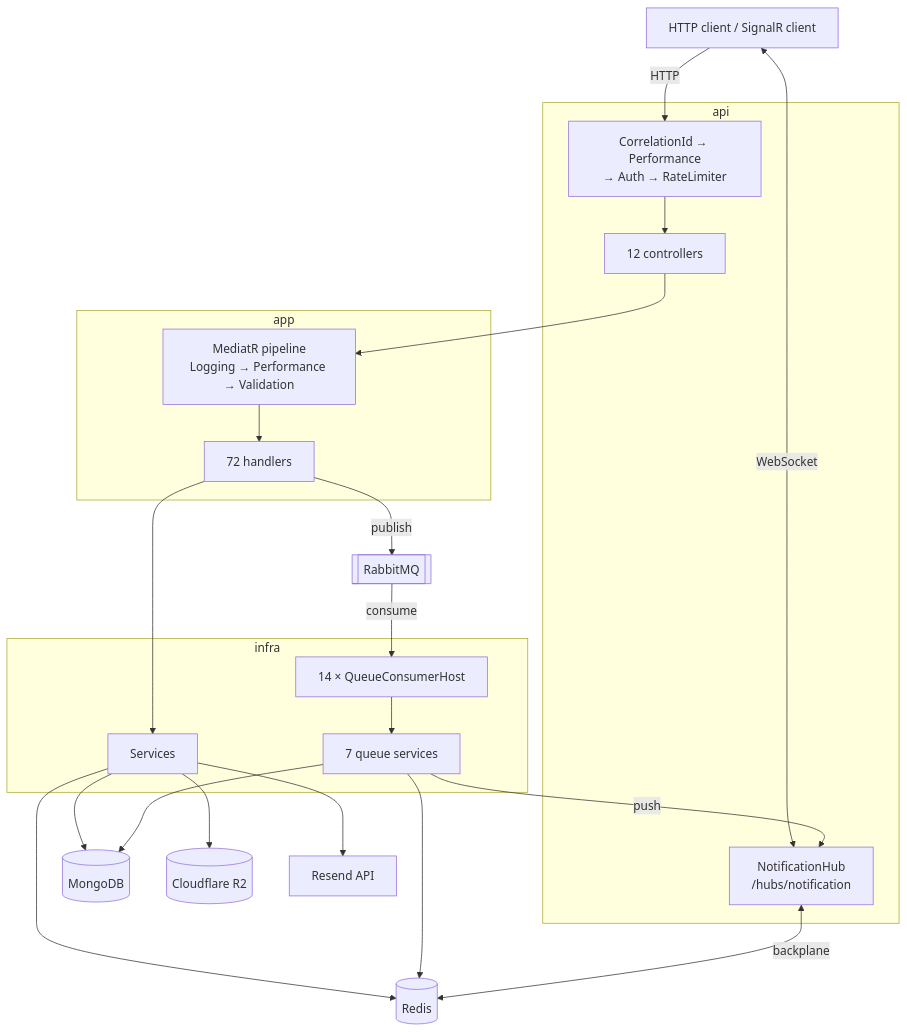
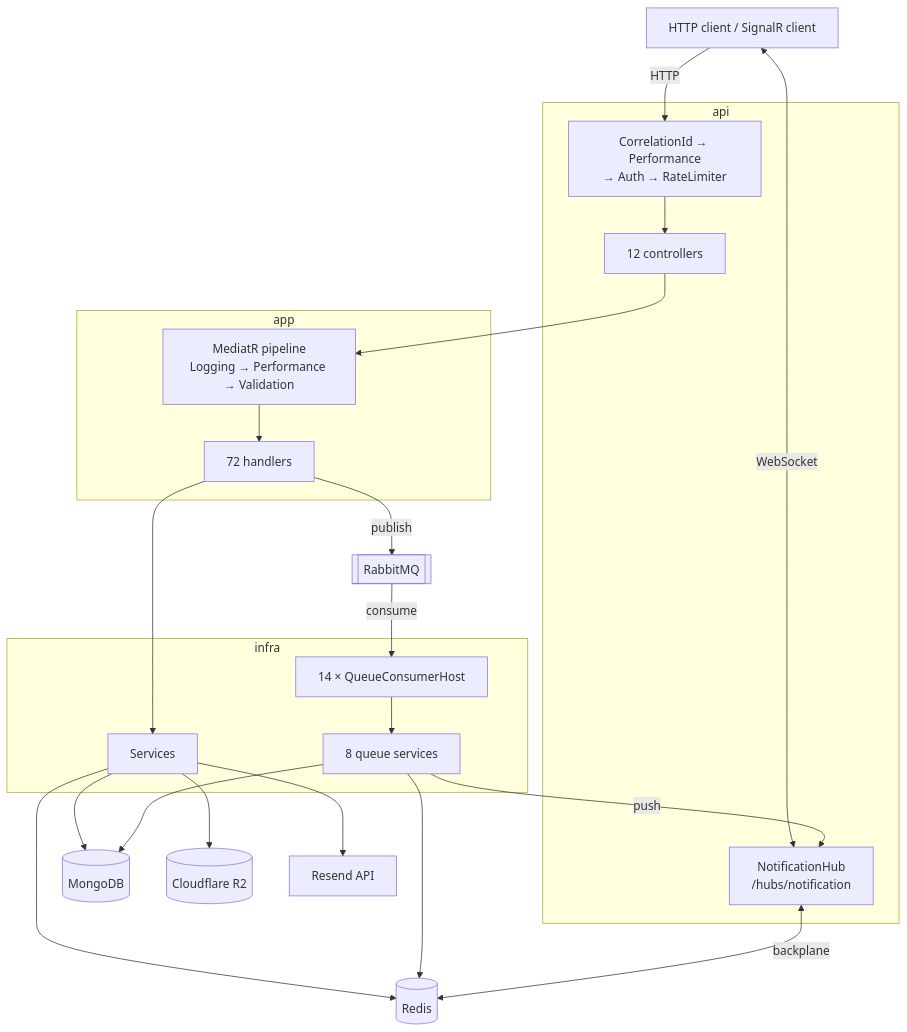
The first of 4 diagrams in doc/system-design.md (Datnguynx110605/Bump_Server), drawn with Mermaid before and after one commit. The commit also changed other lines of this file and 56 other files, not shown here.

````diff
--- a/doc/system-design.md
+++ b/doc/system-design.md
@@ -57,41 +57,41 @@
 ```mermaid
 graph TB
     client["HTTP client / SignalR client"]
 
     subgraph apiLayer["api"]
         mw["CorrelationId → Performance<br/>→ Auth → RateLimiter"]
         ctrl["12 controllers"]
         hub["NotificationHub<br/>/hubs/notification"]
     end
 
     subgraph appLayer["app"]
         pipe["MediatR pipeline<br/>Logging → Performance → Validation"]
         handlers["72 handlers"]
     end
 
     subgraph infraLayer["infra"]
         svc["Services"]
         consumers["14 × QueueConsumerHost"]
-        qsvc["7 queue services"]
+        qsvc["8 queue services"]
     end
 
     mongo[("MongoDB")]
     redis[("Redis")]
     rabbit[["RabbitMQ"]]
     r2[("Cloudflare R2")]
     resend["Resend API"]
 
     client -->|"HTTP"| mw --> ctrl --> pipe --> handlers
     client <-->|"WebSocket"| hub
     handlers --> svc
     svc --> mongo
     svc --> redis
     svc --> r2
     svc --> resend
     handlers -->|"publish"| rabbit
     rabbit -->|"consume"| consumers --> qsvc
     qsvc --> mongo
     qsvc --> redis
     qsvc -->|"push"| hub
     hub <-->|"backplane"| redis
 ```
````
